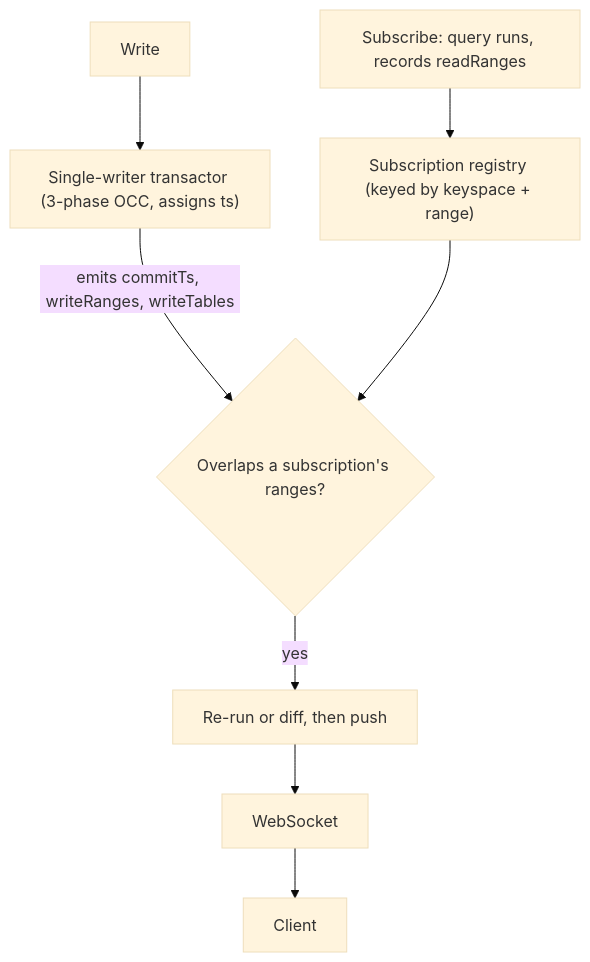
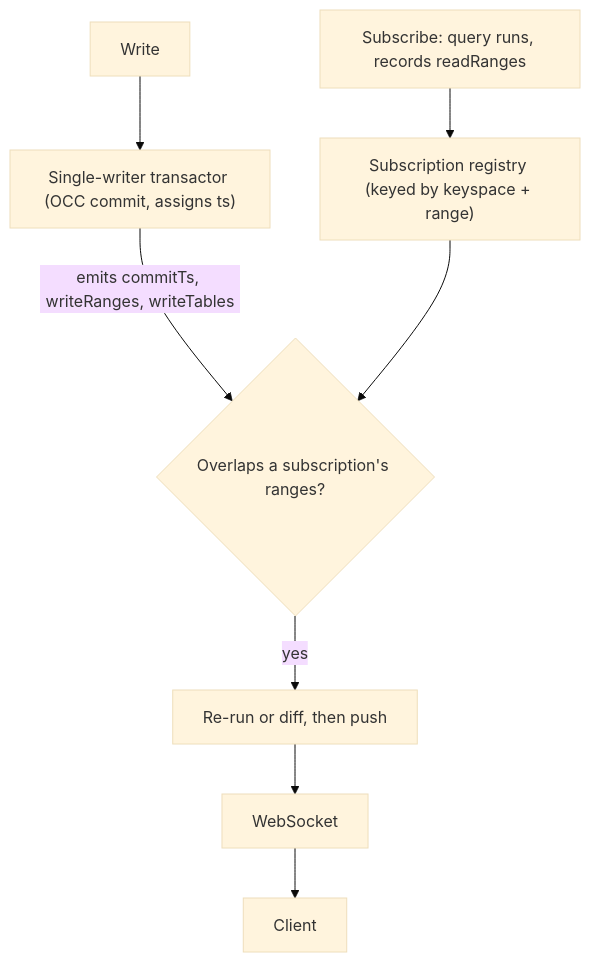
Before and after one commit to helipod-sh/helipod: the diagram in docs/content/docs/get-started/how-it-works.mdx, drawn with Mermaid (base theme). The commit also changed other lines of this file and 51 other files, not shown here.

````diff
--- a/docs/content/docs/get-started/how-it-works.mdx
+++ b/docs/content/docs/get-started/how-it-works.mdx
@@ -130,9 +145,9 @@
 ```mermaid
 flowchart TB
   Sub["Subscribe: query runs, records readRanges"] --> Reg["Subscription registry (keyed by keyspace + range)"]
-  Write["Write"] --> TX["Single-writer transactor (3-phase OCC, assigns ts)"]
+  Write["Write"] --> TX["Single-writer transactor (OCC commit, assigns ts)"]
   TX -->|"emits commitTs, writeRanges, writeTables"| Check{"Overlaps a subscription's ranges?"}
   Reg --> Check
   Check -->|"yes"| Push["Re-run or diff, then push"]
   Push --> WS["WebSocket"] --> Client["Client"]
 ```
````
